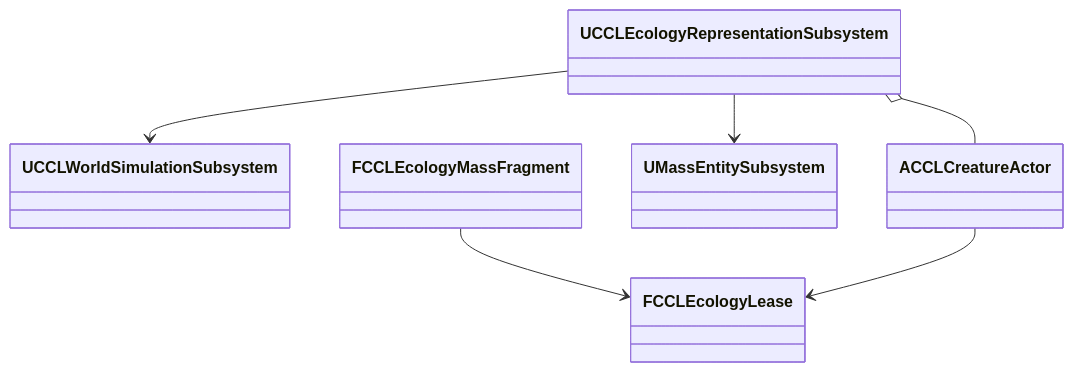
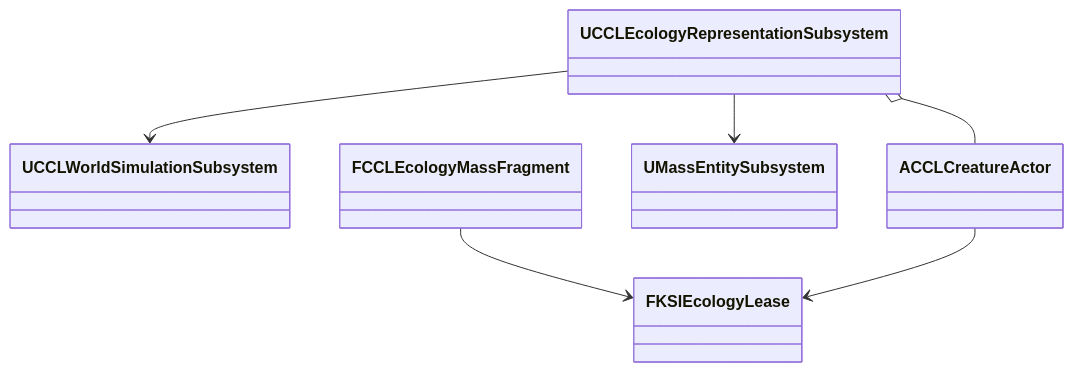
One commit to kang-sihwon/ccl8 changed the second of 13 diagrams in Docs/EnvironmentEcology.md. Above: the diagram before and after it, drawn with Mermaid. The commit also changed other lines of this file and 6 other files, not shown here.

````diff
--- a/Docs/EnvironmentEcology.md
+++ b/Docs/EnvironmentEcology.md
@@ -160,8 +158,8 @@
 ```mermaid
 classDiagram
     UCCLEcologyRepresentationSubsystem --> UCCLWorldSimulationSubsystem
     UCCLEcologyRepresentationSubsystem o-- ACCLCreatureActor
     UCCLEcologyRepresentationSubsystem --> UMassEntitySubsystem
-    FCCLEcologyMassFragment --> FCCLEcologyLease
-    ACCLCreatureActor --> FCCLEcologyLease
+    FCCLEcologyMassFragment --> FKSIEcologyLease
+    ACCLCreatureActor --> FKSIEcologyLease
 ```
````
